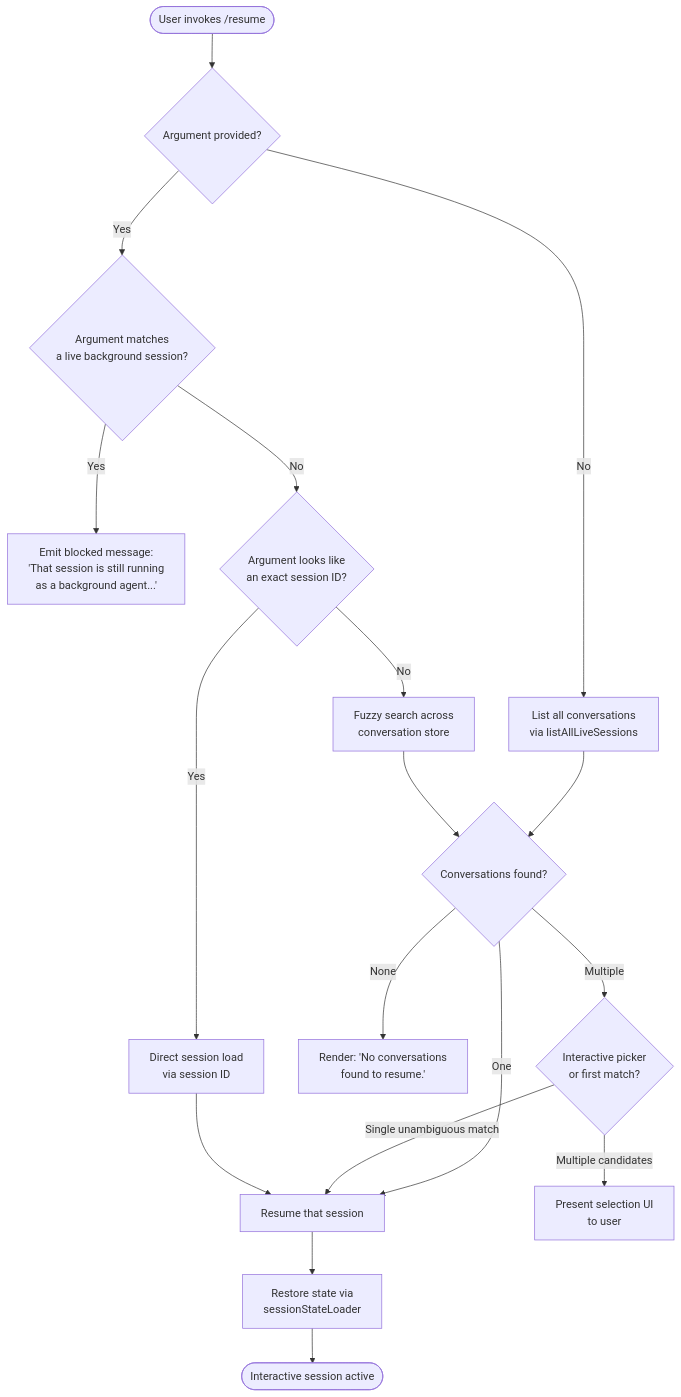
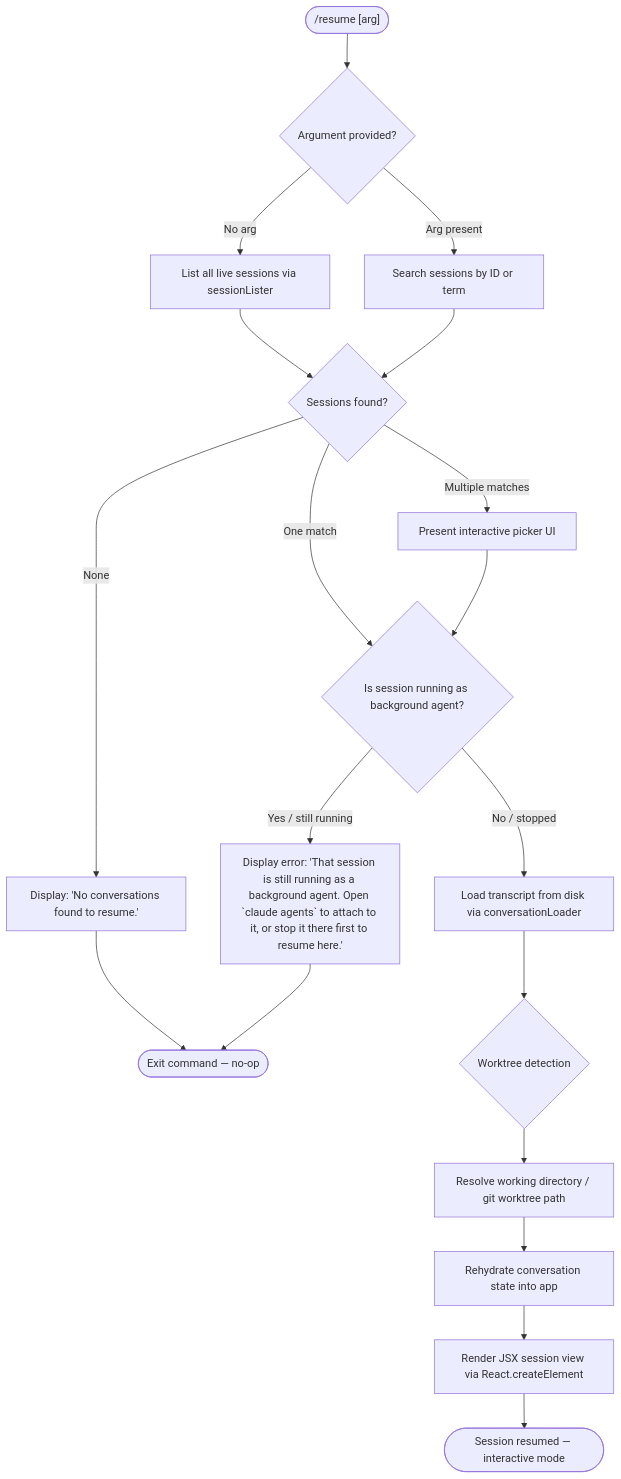
Before and after one commit to MyLittleLuckyDog/cc-gnothi: the diagram in versions/v2.1.153/resume.md, drawn with Mermaid. The commit also changed other lines of this file and 593 other files, not shown here.

````diff
--- a/versions/v2.1.153/resume.md
+++ b/versions/v2.1.153/resume.md
@@ -48,20 +56,27 @@
 ```mermaid
 flowchart TD
-    A([User invokes /resume]) --> B{Argument provided?}
-    B -- No --> C[List all conversations\nvia listAllLiveSessions]
-    B -- Yes --> D{Argument matches\na live background session?}
-    D -- Yes --> E[Emit blocked message:\n'That session is still running\nas a background agent...']
-    D -- No --> F{Argument looks like\nan exact session ID?}
-    F -- Yes --> G[Direct session load\nvia session ID]
-    F -- No --> H[Fuzzy search across\nconversation store]
-    C --> I{Conversations found?}
-    H --> I
-    I -- None --> J[Render: 'No conversations\nfound to resume.']
-    I -- One --> K[Resume that session]
-    I -- Multiple --> L{Interactive picker\nor first match?}
-    L -- Single unambiguous match --> K
-    L -- Multiple candidates --> M[Present selection UI\nto user]
-    G --> K
-    K --> N[Restore state via\nsessionStateLoader]
-    N --> O([Interactive session active])
+    A(["/resume [arg]"]) --> B{Argument provided?}
+    B -- No arg --> C[List all live sessions via sessionLister]
+    B -- Arg present --> D[Search sessions by ID or term]
+
+    C --> E{Sessions found?}
+    D --> E
+
+    E -- None --> F["Display: 'No conversations found to resume.'"]
+    E -- One match --> G{Is session running as background agent?}
+    E -- Multiple matches --> H[Present interactive picker UI]
+
+    H --> G
+
+    G -- Yes / still running --> I["Display error: 'That session is still running as a background agent. Open `claude agents` to attach to it, or stop it there first to resume here.'"]
+    G -- No / stopped --> J[Load transcript from disk via conversationLoader]
+
+    J --> K{Worktree detection}
+    K --> L[Resolve working directory / git worktree path]
+    L --> M[Rehydrate conversation state into app]
+    M --> N[Render JSX session view via React.createElement]
+    N --> O([Session resumed — interactive mode])
+
+    F --> P([Exit command — no-op])
+    I --> P
 ```
````
